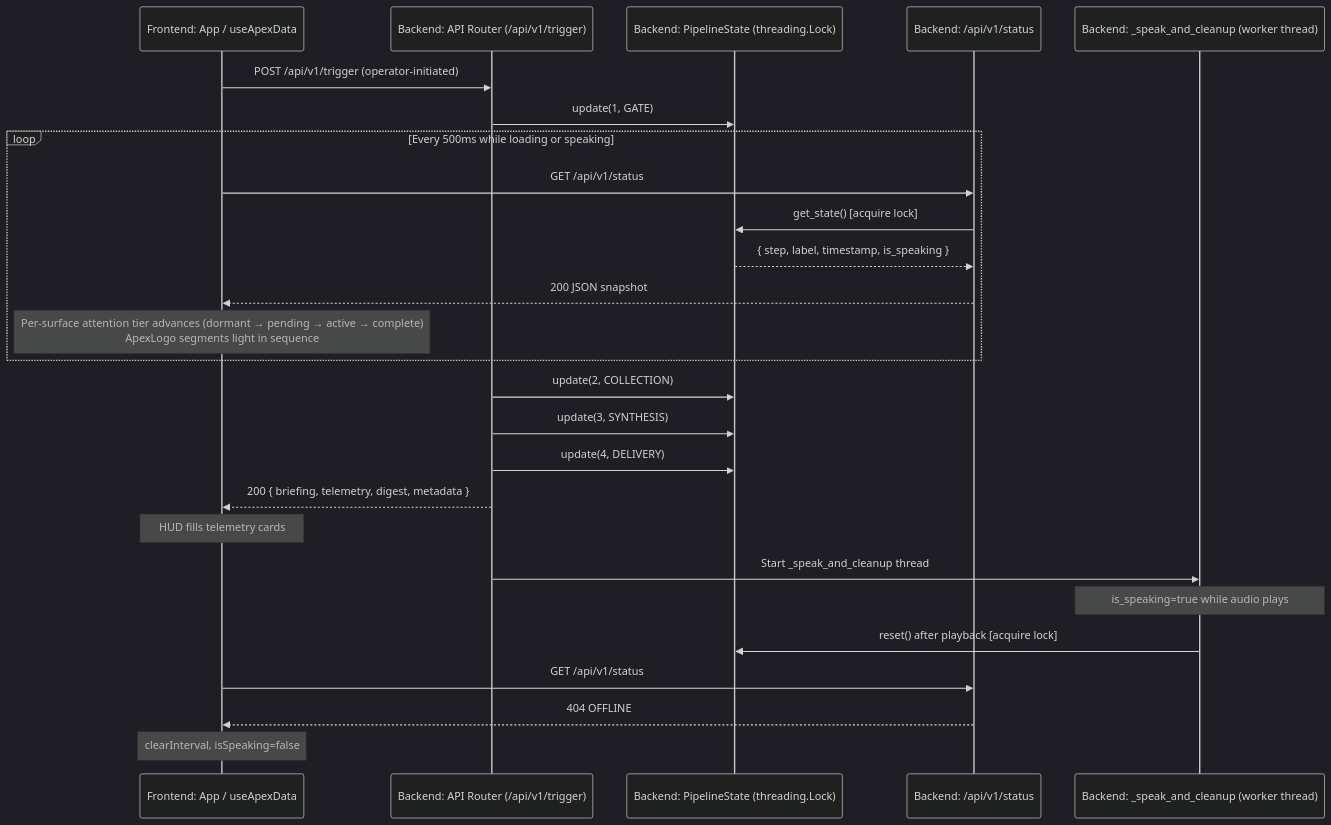
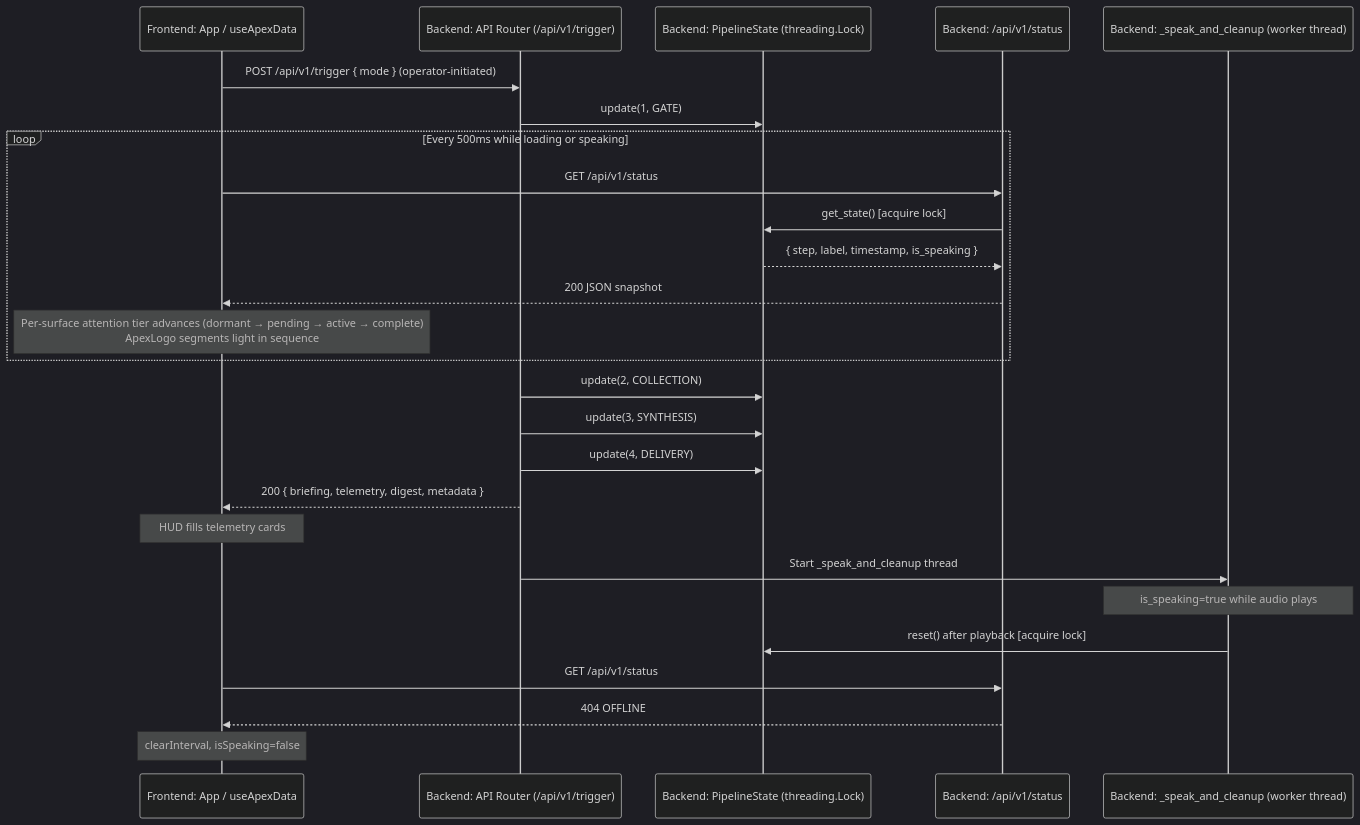
Before and after one commit to edumarcano/APEX: the first of 3 diagrams in docs/architecture.md, drawn with Mermaid (dark theme). The commit also changed other lines of this file and 47 other files, not shown here.

````diff
--- a/docs/architecture.md
+++ b/docs/architecture.md
@@ -28,33 +28,33 @@
 ```mermaid
 sequenceDiagram
     participant App as Frontend: App / useApexData
     participant Trigger as Backend: API Router (/api/v1/trigger)
     participant Store as Backend: PipelineState (threading.Lock)
     participant Status as Backend: /api/v1/status
     participant Speaker as Backend: _speak_and_cleanup (worker thread)
 
-    App->>Trigger: POST /api/v1/trigger (operator-initiated)
+    App->>Trigger: POST /api/v1/trigger { mode } (operator-initiated)
     Trigger->>Store: update(1, GATE)
 
     loop Every 500ms while loading or speaking
         App->>Status: GET /api/v1/status
         Status->>Store: get_state() [acquire lock]
         Store-->>Status: { step, label, timestamp, is_speaking }
         Status-->>App: 200 JSON snapshot
         Note over App: Per-surface attention tier advances (dormant → pending → active → complete)<br/>ApexLogo segments light in sequence
     end
 
     Trigger->>Store: update(2, COLLECTION)
     Trigger->>Store: update(3, SYNTHESIS)
     Trigger->>Store: update(4, DELIVERY)
     Trigger-->>App: 200 { briefing, telemetry, digest, metadata }
     Note over App: HUD fills telemetry cards
 
     Trigger->>Speaker: Start _speak_and_cleanup thread
     Note over Speaker: is_speaking=true while audio plays
     Speaker->>Store: reset() after playback [acquire lock]
 
     App->>Status: GET /api/v1/status
     Status-->>App: 404 OFFLINE
     Note over App: clearInterval, isSpeaking=false
 ```
````
